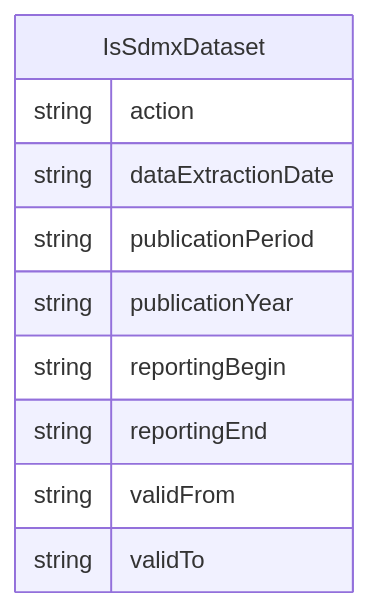
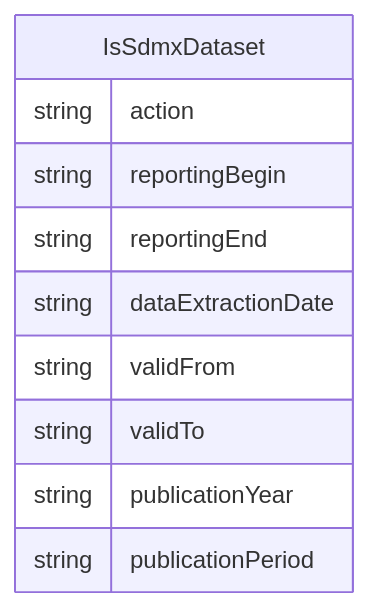
The diagram in docs/classes/IsSdmxDataset.md (cdisc-org/DataExchange-DDS), drawn with Mermaid before and after one commit. The commit also changed other lines of this file and 313 other files, not shown here.

````diff
--- a/docs/classes/IsSdmxDataset.md
+++ b/docs/classes/IsSdmxDataset.md
@@ -20,16 +15,16 @@
 ```mermaid
 erDiagram
 IsSdmxDataset {
     string action  
-    string dataExtractionDate  
-    string publicationPeriod  
-    string publicationYear  
     string reportingBegin  
     string reportingEnd  
+    string dataExtractionDate  
     string validFrom  
     string validTo  
+    string publicationYear  
+    string publicationPeriod  
 }
 
 
 
 ```
````
